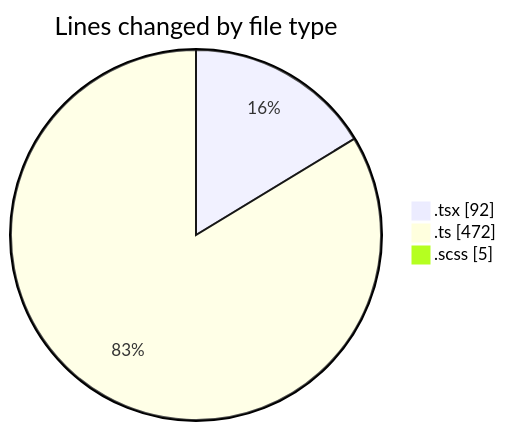
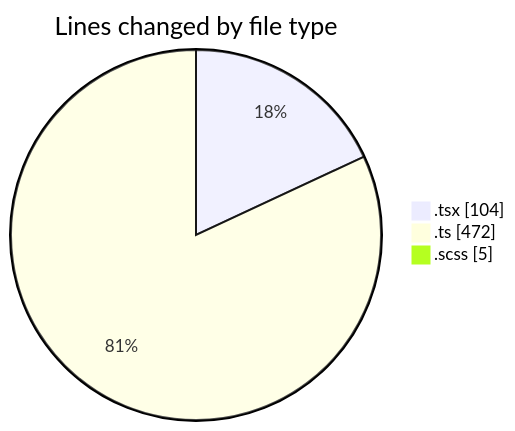
The first of 2 diagrams in 2025-10-07/cda/README.md (momahboobian/code-tracking), drawn with Mermaid before and after one commit. The commit also changed other lines of this file and 1 other file, not shown here.

````diff
--- a/2025-10-07/cda/README.md
+++ b/2025-10-07/cda/README.md
@@ -25,7 +25,7 @@
 ```mermaid
 pie showData
 title Lines changed by file type
-".tsx" : 92
+".tsx" : 104
 ".ts" : 472
 ".scss" : 5
 ```
````
